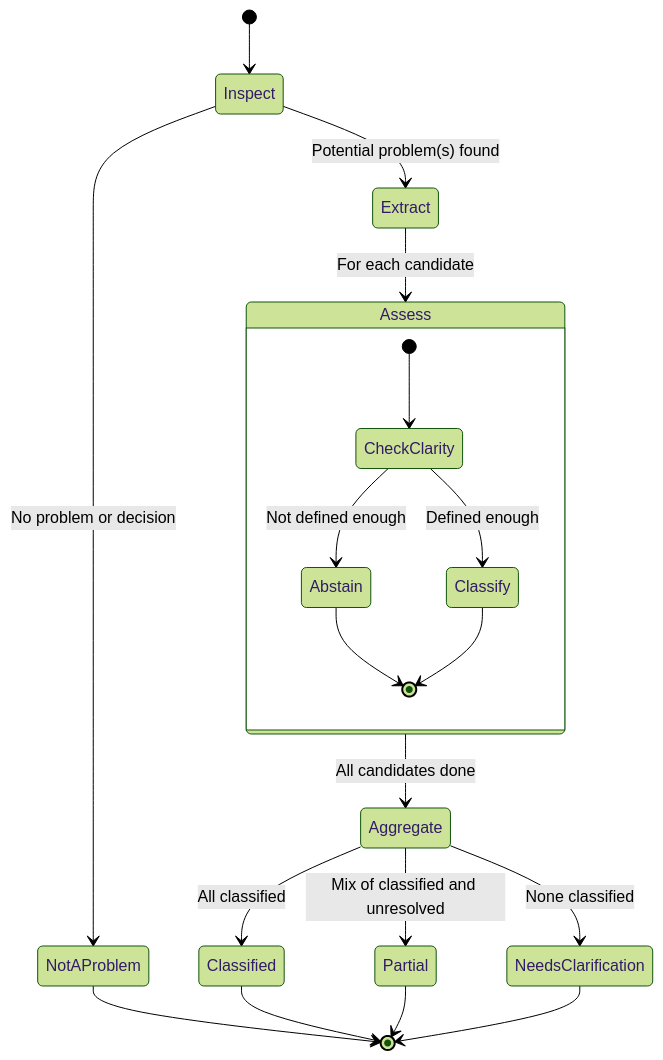
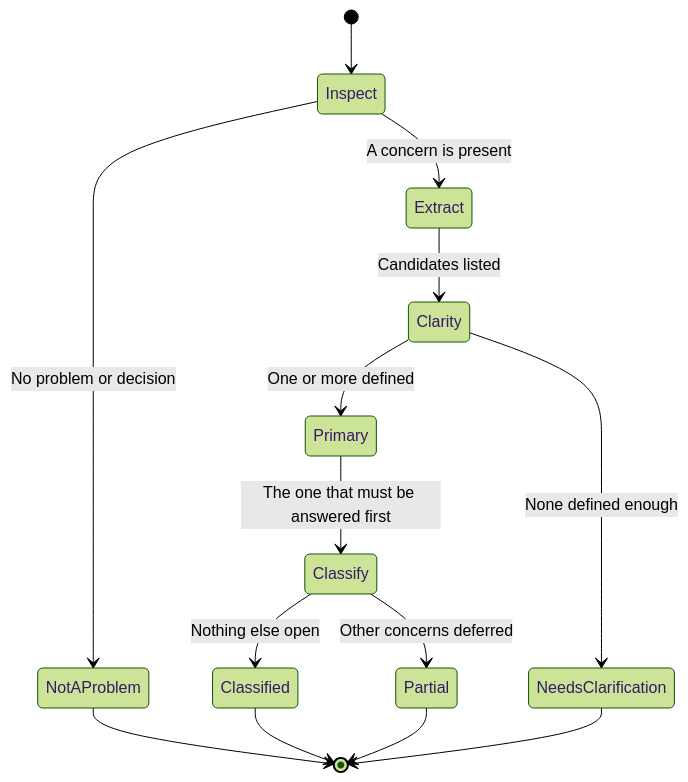
The diagram in skills/whats-going-on/README.md (unfriction-ai/whats-going-on), drawn with Mermaid (forest theme) before and after one commit. The commit also changed other lines of this file and 11 other files, not shown here.

First line of the commit message:
fix(skill): require unresolved and teach one primary (#12)

````diff
--- a/skills/whats-going-on/README.md
+++ b/skills/whats-going-on/README.md
@@ -44,28 +44,21 @@
 ```mermaid
 stateDiagram-v2
     direction TB
     [*] --> Inspect
 
     Inspect --> NotAProblem: No problem or decision
-    Inspect --> Extract: Potential problem(s) found
+    Inspect --> Extract: A concern is present
 
-    Extract --> Assess: For each candidate
+    Extract --> Clarity: Candidates listed
+    Clarity --> NeedsClarification: None defined enough
+    Clarity --> Primary: One or more defined
 
-    state Assess {
-        [*] --> CheckClarity
-        CheckClarity --> Abstain: Not defined enough
-        CheckClarity --> Classify: Defined enough
-        Abstain --> [*]
-        Classify --> [*]
-    }
-
-    Assess --> Aggregate: All candidates done
-    Aggregate --> Classified: All classified
-    Aggregate --> Partial: Mix of classified and unresolved
-    Aggregate --> NeedsClarification: None classified
+    Primary --> Classify: The one that must be answered first
+    Classify --> Classified: Nothing else open
+    Classify --> Partial: Other concerns deferred
 
     NotAProblem --> [*]
     Classified --> [*]
     Partial --> [*]
     NeedsClarification --> [*]
 ```
````
